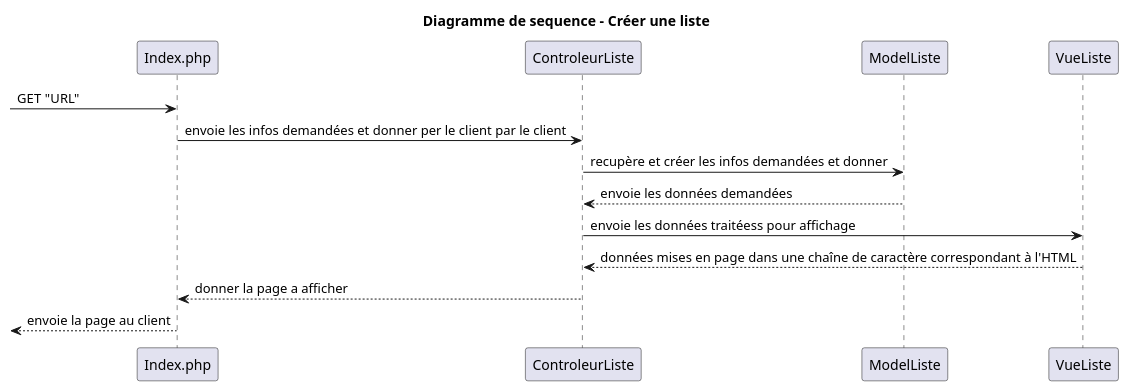
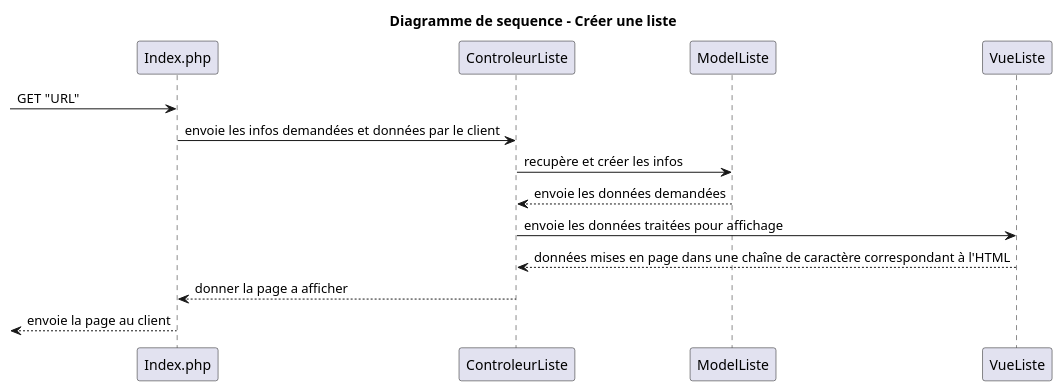
The diagram in doc/Diagramme Sequence Liste Creer.puml (AlasDiablo/php-project-2019), drawn with PlantUML before and after one commit. The commit also changed 1 other file, not shown here.

```diff
--- a/doc/Diagramme Sequence Liste Creer.puml
+++ b/doc/Diagramme Sequence Liste Creer.puml
@@ -1,19 +1,19 @@
 @startuml
 
 title Diagramme de sequence - Créer une liste
 
 participant Index.php as index
 participant ControleurListe as CListe
 participant ModelListe as MListe
 participant VueListe as VListe
 
 -> index: GET "URL"
-index -> CListe: envoie les infos demandées et donner per le client par le client
-CListe -> MListe: recupère et créer les infos demandées et donner
+index -> CListe: envoie les infos demandées et données par le client 
+CListe -> MListe: recupère et créer les infos
 CListe <-- MListe: envoie les données demandées
-CListe -> VListe: envoie les données traitéess pour affichage
+CListe -> VListe: envoie les données traitées pour affichage
 CListe <-- VListe: données mises en page dans une chaîne de caractère correspondant à l'HTML
 index <-- CListe: donner la page a afficher
 <-- index: envoie la page au client
 
 @enduml
```
